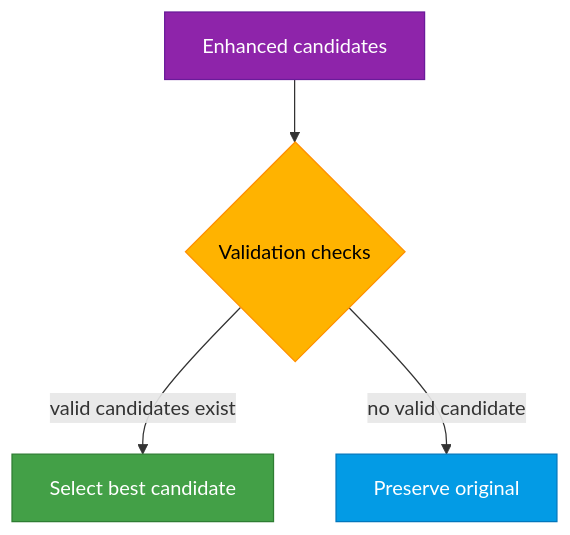
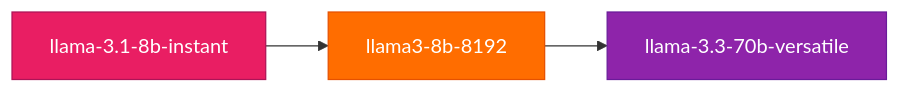
The second of 5 diagrams in README.md (stutikatiyar/CapFlow), drawn with Mermaid before and after one commit. The commit also changed other lines of this file, not shown here.

````diff
--- a/README.md
+++ b/README.md
@@ -558,15 +193,11 @@
 ```mermaid
-flowchart TD
-    A["Enhanced candidates"] --> B{"Validation checks"}
-    B -- "valid candidates exist" --> C["Select best candidate"]
-    B -- "no valid candidate" --> D["Preserve original"]
+flowchart LR
+    A["llama-3.1-8b-instant"] --> B["llama3-8b-8192"] --> C["llama-3.3-70b-versatile"]
 
-    classDef a fill:#8E24AA,stroke:#6A1B9A,color:#fff
-    classDef b fill:#FFB300,stroke:#FF8F00,color:#000
-    classDef c fill:#43A047,stroke:#2E7D32,color:#fff
-    classDef d fill:#039BE5,stroke:#0277BD,color:#fff
+    classDef a fill:#E91E63,stroke:#AD1457,color:#fff
+    classDef b fill:#FF6D00,stroke:#E65100,color:#fff
+    classDef c fill:#8E24AA,stroke:#6A1B9A,color:#fff
     class A a
     class B b
     class C c
-    class D d
 ```
````
